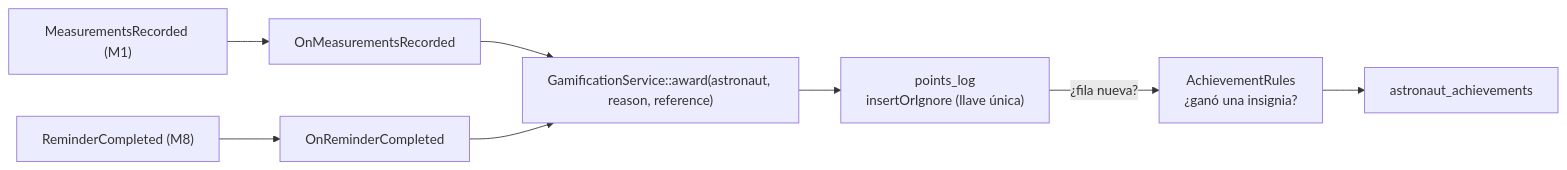
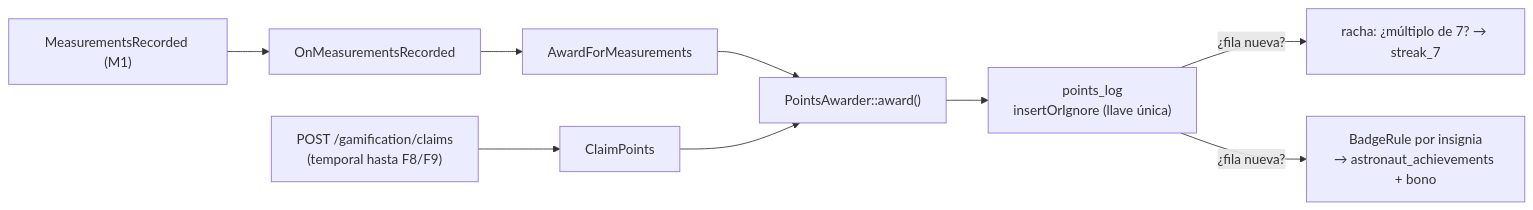
One commit to HACKATHON-NASA/ARTEMIS-III changed the diagram in astrohealth/docs/backend/M7-gamificacion/README.md. Above: the diagram before and after it, drawn with Mermaid. The commit also changed other lines of this file and 55 other files, not shown here.

````diff
--- a/astrohealth/docs/backend/M7-gamificacion/README.md
+++ b/astrohealth/docs/backend/M7-gamificacion/README.md
@@ -15,9 +15,9 @@
 ```mermaid
 flowchart LR
-    E1["MeasurementsRecorded (M1)"] --> L1["OnMeasurementsRecorded"]
-    E2["ReminderCompleted (M8)"] --> L2["OnReminderCompleted"]
-    L1 & L2 --> G["GamificationService::award(astronaut, reason, reference)"]
-    G --> P["points_log<br/>insertOrIgnore (llave única)"]
-    P -- "¿fila nueva?" --> A["AchievementRules<br/>¿ganó una insignia?"]
-    A --> B["astronaut_achievements"]
+    E1["MeasurementsRecorded (M1)"] --> L1["OnMeasurementsRecorded"] --> U1["AwardForMeasurements"]
+    C["POST /gamification/claims<br/>(temporal hasta F8/F9)"] --> U2["ClaimPoints"]
+    U1 & U2 --> A["PointsAwarder::award()"]
+    A --> P["points_log<br/>insertOrIgnore (llave única)"]
+    P -- "¿fila nueva?" --> S["racha: ¿múltiplo de 7? → streak_7"]
+    P -- "¿fila nueva?" --> B["BadgeRule por insignia<br/>→ astronaut_achievements + bono"]
 ```
````
